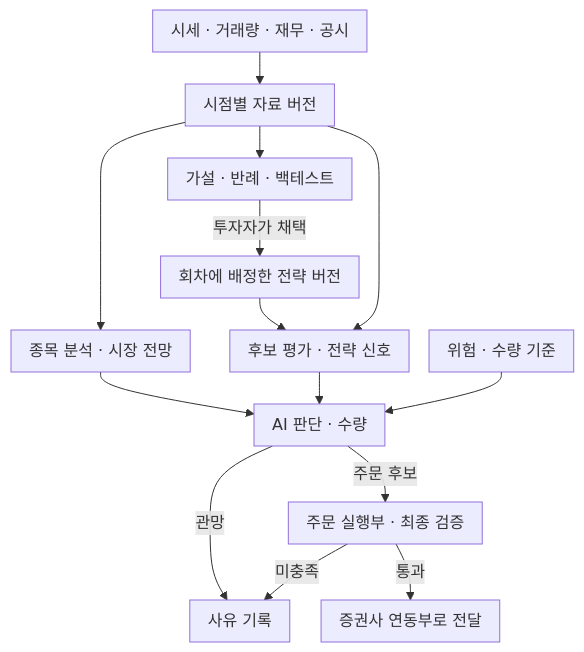
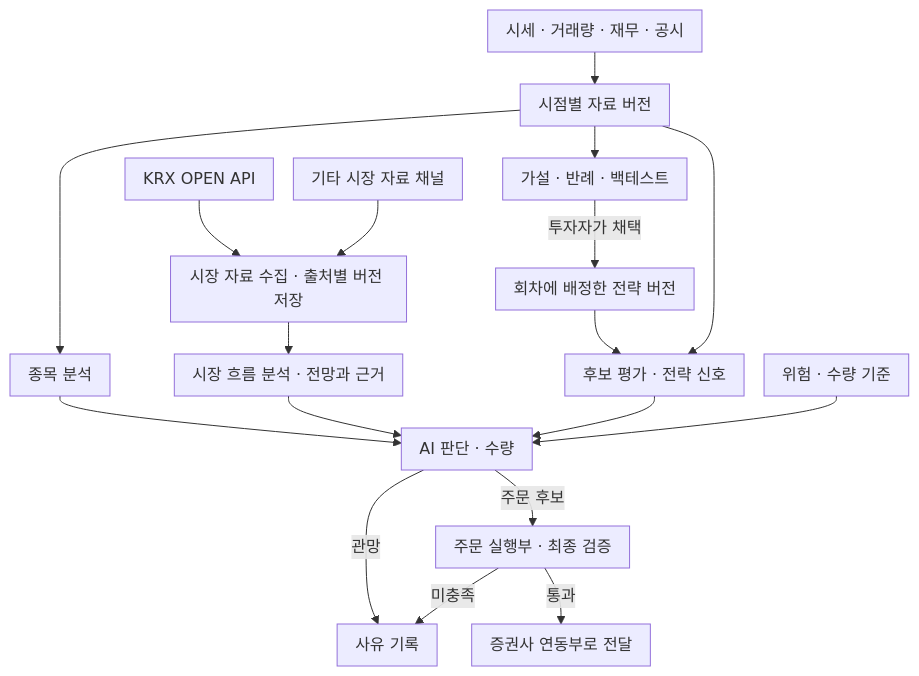
One commit to vaynel/stockpilot changed the third of 4 diagrams in 01. 전체 아키텍처.md. Above: the diagram before and after it, drawn with Mermaid. The commit also changed other lines of this file and 45 other files, not shown here.

````diff
--- a/01. 전체 아키텍처.md
+++ b/01. 전체 아키텍처.md
@@ -62,17 +62,21 @@
 ```mermaid
 %%{init: {"flowchart": {"nodeSpacing": 20, "rankSpacing": 32, "padding": 9}}}%%
 flowchart TD
     src["시세 · 거래량 · 재무 · 공시"] --> history["시점별 자료 버전"]
     history --> lab["가설 · 반례 · 백테스트"]
     lab -->|투자자가 채택| rule["회차에 배정한 전략 버전"]
     rule --> signal["후보 평가 · 전략 신호"]
-    history --> analysis["종목 분석 · 시장 전망"]
+    history --> analysis["종목 분석"]
+    krx["KRX OPEN API"] --> marketdata["시장 자료 수집 · 출처별 버전 저장"]
+    other["기타 시장 자료 채널"] --> marketdata
+    marketdata --> outlook["시장 흐름 분석 · 전망과 근거"]
     history --> signal
     analysis --> ai["AI 판단 · 수량"]
+    outlook --> ai
     signal --> ai
     risk["위험 · 수량 기준"] --> ai
     ai -->|주문 후보| gate["주문 실행부 · 최종 검증"]
     ai -->|관망| log["사유 기록"]
     gate -->|미충족| log
     gate -->|통과| live["증권사 연동부로 전달"]
 ```
````
